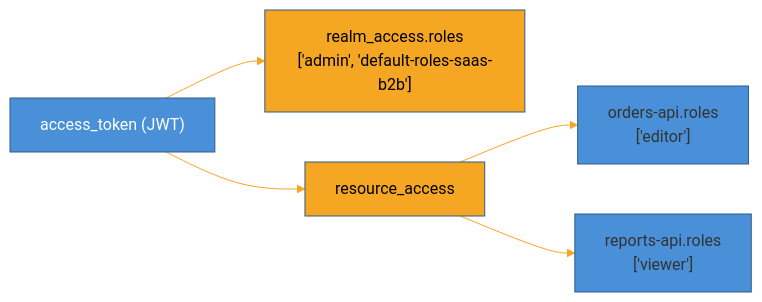
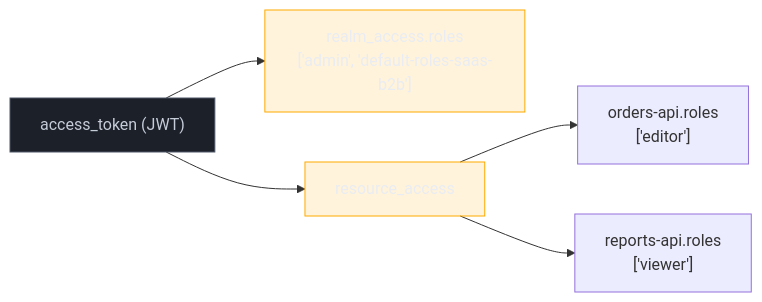
One commit to josenaldo/codex-technomanticus changed the third of 3 diagrams in 03-Dominios/Engenharia/Auth e Identidade/5 - Keycloak/03 - Integrando os stacks com Keycloak.md. Above: the diagram before and after it, drawn with Mermaid. The commit also changed other lines of this file and 1181 other files, not shown here.

First line of the commit message:
fix(diagramas): paleta do sistema no lugar de cor cravada no markdown

````diff
--- a/03-Dominios/Engenharia/Auth e Identidade/5 - Keycloak/03 - Integrando os stacks com Keycloak.md
+++ b/03-Dominios/Engenharia/Auth e Identidade/5 - Keycloak/03 - Integrando os stacks com Keycloak.md
@@ -251,12 +251,13 @@
 ```mermaid
-%%{init: {"theme": "base", "themeVariables": {"primaryColor": "#4A90D9", "primaryBorderColor": "#2E5C8A", "lineColor": "#F5A623"}}}%%
 graph LR
+    classDef neutro fill:#1B2029,stroke:#4E5666,color:#C6CCD8
+    classDef destaque fill:#FFAA0024,stroke:#FFAA00,color:#E9ECF2
     JWT["access_token (JWT)"] --> RA["realm_access.roles<br/>['admin', 'default-roles-saas-b2b']"]
     JWT --> RSA["resource_access"]
     RSA --> C1["orders-api.roles<br/>['editor']"]
     RSA --> C2["reports-api.roles<br/>['viewer']"]
 
-    style JWT fill:#4A90D9,color:#fff
-    style RA fill:#F5A623,color:#000
-    style RSA fill:#F5A623,color:#000
+    class JWT neutro
+    class RA destaque
+    class RSA destaque
 ```
````
